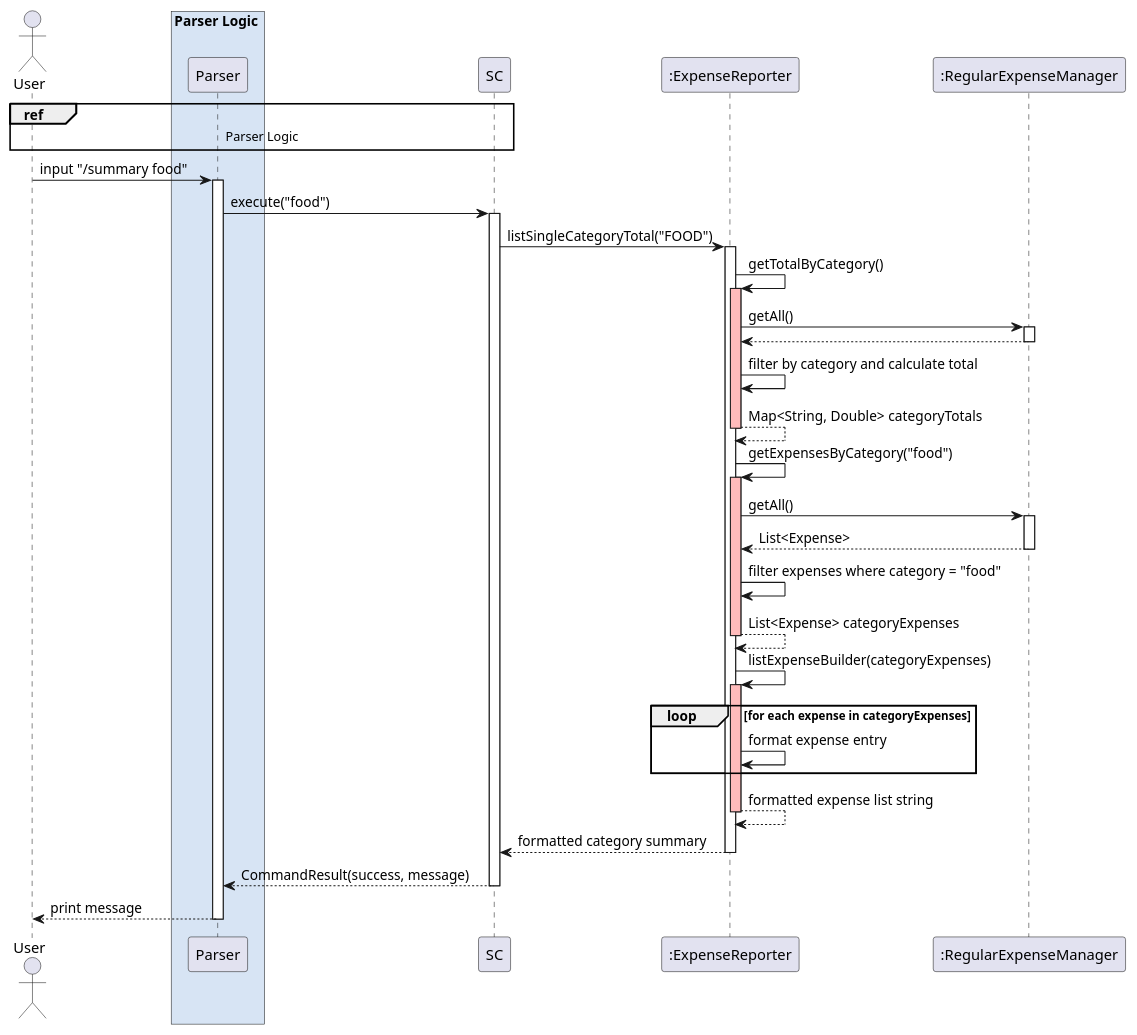
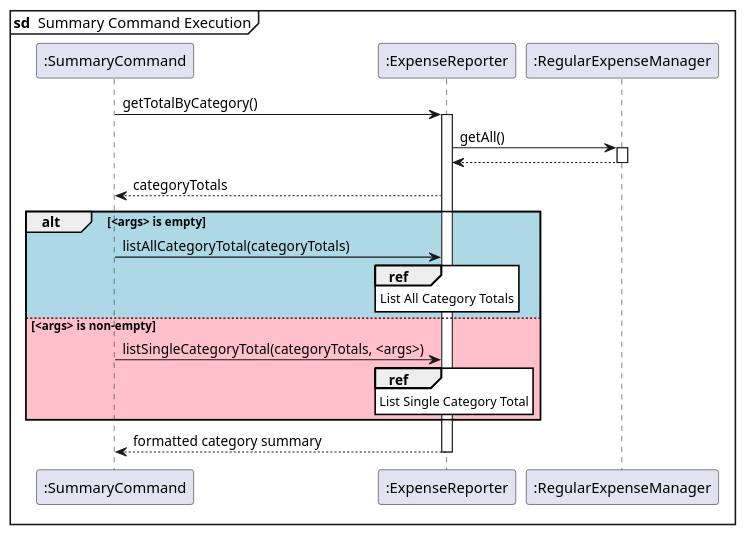
One commit to randust/tp changed the diagram in docs/diagrams/sequence/summary.puml. Above: the diagram before and after it, drawn with PlantUML. The commit also changed 14 other files, not shown here.

Commit message:
Refactor Summary Command, update summary sequence diagram

```diff
--- a/docs/diagrams/sequence/summary.puml
+++ b/docs/diagrams/sequence/summary.puml
@@ -1,66 +1,35 @@
-@startuml summary.puml
+@startuml summary
+skinparam sequenceReferenceBackgroundColor #fffff
 
-actor "User" as user
-box Parser Logic #D7E4F4
-participant "Parser" as parser
-end box
-ref over user, parser, SC: Parser Logic
+mainframe **sd**  Summary Command Execution
+
 participant ":SummaryCommand" as SC
 participant ":ExpenseReporter" as ER
 participant ":RegularExpenseManager" as REM
 
-user -> parser: input "/summary food"
-activate parser
-
-parser -> SC: execute("food")
-activate SC
-
-SC -> ER: listSingleCategoryTotal("FOOD")
+SC -> ER: getTotalByCategory()
 activate ER
 
-ER -> ER: getTotalByCategory()
-activate ER #FFBBBB
+ER -> REM ++ : getAll()
+REM --> ER --
 
-ER -> REM: getAll()
-activate REM
+ER --> SC: categoryTotals
 
-REM --> ER
-deactivate REM
+alt #LightBlue <args> is empty
+SC -> ER: listAllCategoryTotal(categoryTotals)
+ref over ER
+List All Category Totals
+end ref
 
-ER -> ER: filter by category and calculate total
-ER --> ER: Map<String, Double> categoryTotals
-deactivate ER
+else #Pink <args> is non-empty
+SC -> ER: listSingleCategoryTotal(categoryTotals, <args>)
 
-ER -> ER: getExpensesByCategory("food")
-activate ER #FFBBBB
-
-ER -> REM: getAll()
-activate REM
-
-REM --> ER: List<Expense>
-deactivate REM
-
-ER -> ER: filter expenses where category = "food"
-ER --> ER: List<Expense> categoryExpenses
-deactivate ER
-
-ER -> ER: listExpenseBuilder(categoryExpenses)
-activate ER #FFBBBB
-
-loop for each expense in categoryExpenses
-ER -> ER: format expense entry
+ref over ER
+List Single Category Total
+end ref
 end
-
-ER --> ER: formatted expense list string
-deactivate ER
 
 ER --> SC: formatted category summary
 deactivate ER
 
-SC --> parser: CommandResult(success, message)
-deactivate SC
-
-parser --> user: print message
-deactivate parser
-
 @enduml
```
